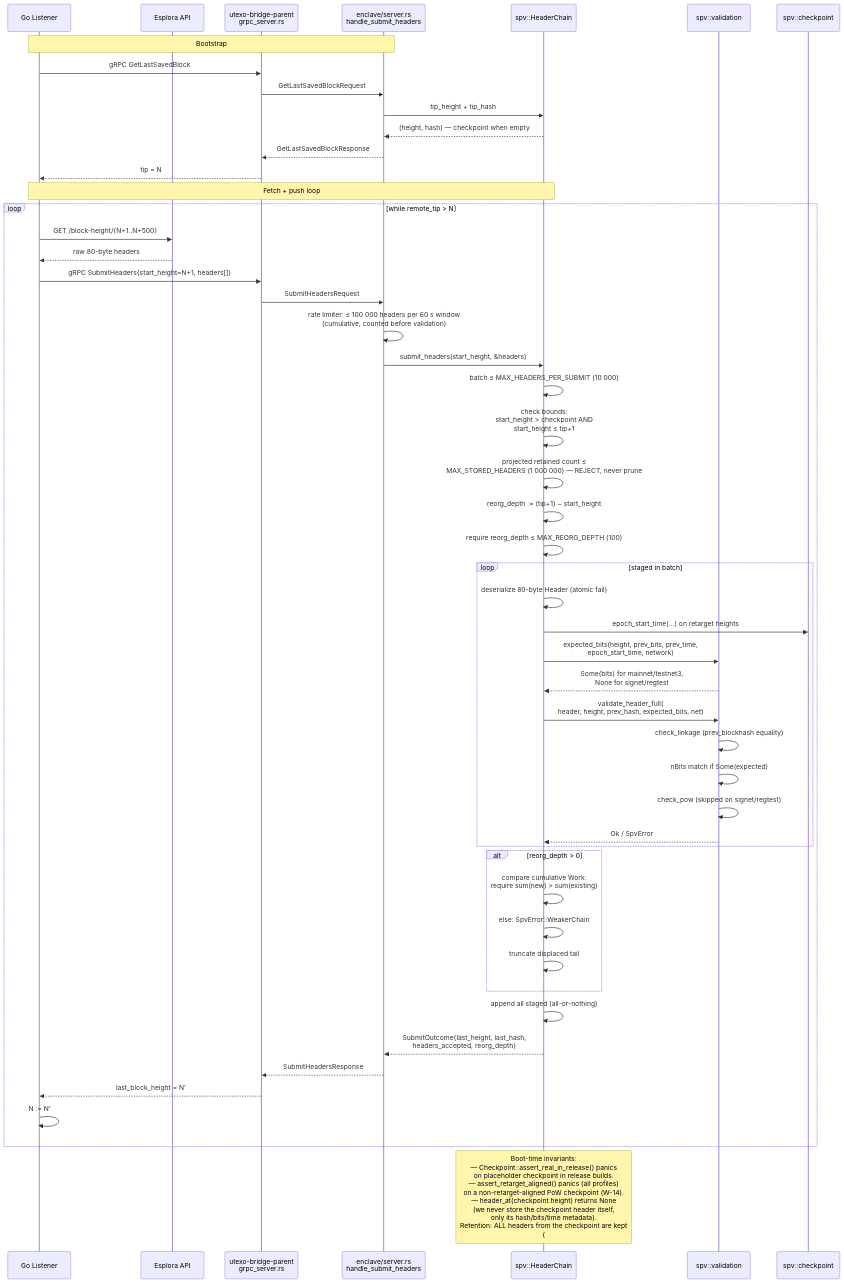
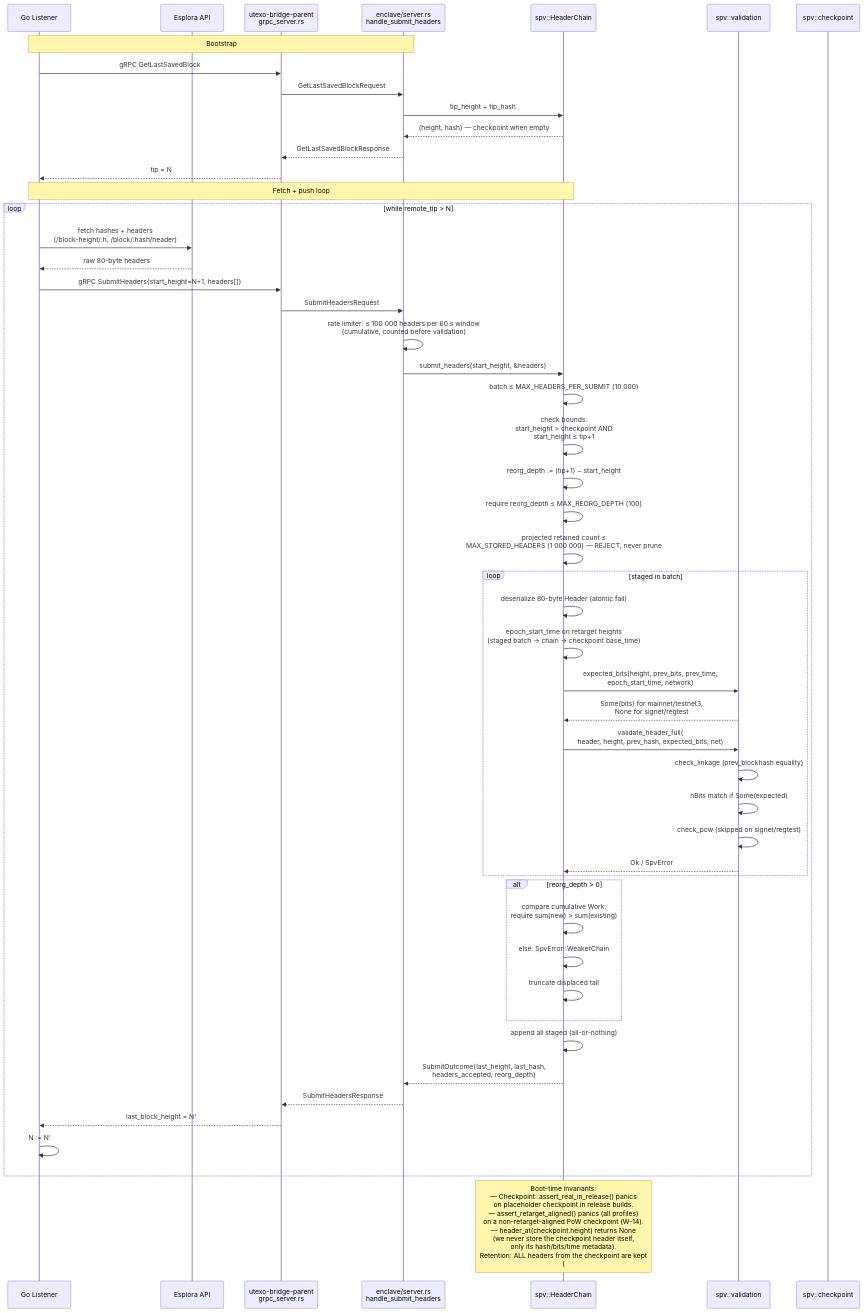
The diagram in docs/diagrams/08-seq-spv-submit-headers.md (UTEXO-Protocol/enclave-signer), drawn with Mermaid before and after one commit. The commit also changed 7 other files, not shown here.

First line of the commit message:
docs: diagram precision fixes from adversarial verification

````diff
--- a/docs/diagrams/08-seq-spv-submit-headers.md
+++ b/docs/diagrams/08-seq-spv-submit-headers.md
@@ -3,61 +3,61 @@
 ```mermaid
 sequenceDiagram
     participant Listener as Go Listener
     participant Esplora as Esplora API
     participant Parent as utexo-bridge-parent<br/>grpc_server.rs
     participant Srv as enclave/server.rs<br/>handle_submit_headers
     participant Chain as spv::HeaderChain
     participant Val as spv::validation
     participant Cp as spv::checkpoint
 
     Note over Listener,Srv: Bootstrap
     Listener->>Parent: gRPC GetLastSavedBlock
     Parent->>Srv: GetLastSavedBlockRequest
     Srv->>Chain: tip_height + tip_hash
     Chain-->>Srv: (height, hash) — checkpoint when empty
     Srv-->>Parent: GetLastSavedBlockResponse
     Parent-->>Listener: tip = N
 
     Note over Listener,Chain: Fetch + push loop
     loop while remote_tip > N
-        Listener->>Esplora: GET /block-height/{N+1..N+500}
+        Listener->>Esplora: fetch hashes + headers<br/>(/block-height/:h, /block/:hash/header)
         Esplora-->>Listener: raw 80-byte headers
         Listener->>Parent: gRPC SubmitHeaders{start_height=N+1, headers[]}
         Parent->>Srv: SubmitHeadersRequest
 
         Srv->>Srv: rate limiter: ≤ 100 000 headers per 60 s window<br/>(cumulative, counted before validation)
         Srv->>Chain: submit_headers(start_height, &headers)
         Chain->>Chain: batch ≤ MAX_HEADERS_PER_SUBMIT (10 000)
         Chain->>Chain: check bounds:<br/>start_height > checkpoint AND<br/>start_height ≤ tip+1
-        Chain->>Chain: projected retained count ≤<br/>MAX_STORED_HEADERS (1 000 000) — REJECT, never prune
         Chain->>Chain: reorg_depth := (tip+1) − start_height
         Chain->>Chain: require reorg_depth ≤ MAX_REORG_DEPTH (100)
+        Chain->>Chain: projected retained count ≤<br/>MAX_STORED_HEADERS (1 000 000) — REJECT, never prune
 
         loop staged in batch
             Chain->>Chain: deserialize 80-byte Header (atomic fail)
-            Chain->>Cp: epoch_start_time(...) on retarget heights
+            Chain->>Chain: epoch_start_time on retarget heights<br/>(staged batch → chain → checkpoint base_time)
             Chain->>Val: expected_bits(height, prev_bits, prev_time,<br/>epoch_start_time, network)
             Val-->>Chain: Some(bits) for mainnet/testnet3,<br/>None for signet/regtest
             Chain->>Val: validate_header_full(<br/>header, height, prev_hash, expected_bits, net)
             Val->>Val: check_linkage (prev_blockhash equality)
             Val->>Val: nBits match if Some(expected)
             Val->>Val: check_pow (skipped on signet/regtest)
             Val-->>Chain: Ok / SpvError
         end
 
         alt reorg_depth > 0
             Chain->>Chain: compare cumulative Work:<br/>require sum(new) > sum(existing)
             Chain->>Chain: else: SpvError::WeakerChain
             Chain->>Chain: truncate displaced tail
         end
 
         Chain->>Chain: append all staged (all-or-nothing)
         Chain-->>Srv: SubmitOutcome{last_height, last_hash,<br/>headers_accepted, reorg_depth}
 
         Srv-->>Parent: SubmitHeadersResponse
         Parent-->>Listener: last_block_height = N'
         Listener->>Listener: N := N'
     end
 
     Note over Chain: Boot-time invariants:<br/>— Checkpoint::assert_real_in_release() panics<br/>  on placeholder checkpoint in release builds.<br/>— assert_retarget_aligned() panics (all profiles)<br/>  on a non-retarget-aligned PoW checkpoint (W-14).<br/>— header_at(checkpoint.height) returns None<br/>  (we never store the checkpoint header itself,<br/>  only its hash/bits/time metadata).<br/>Retention: ALL headers from the checkpoint are kept<br/>(#130 — no sliding window; deep RGB anchors stay verifiable).
 ```
````
